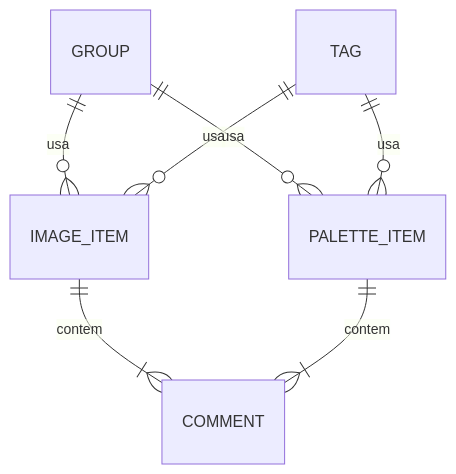
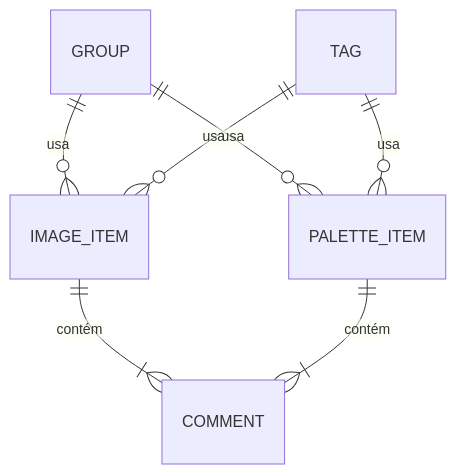
Before and after one commit to guusfelix2015/pupila-brandzone: the fourth of 4 diagrams in docs/design-system.md, drawn with Mermaid. The commit also changed 1 other file, not shown here.

Commit message:
docs: fix missing accents in README and design-system

````diff
--- a/docs/design-system.md
+++ b/docs/design-system.md
@@ -143,9 +143,9 @@
 ```mermaid
 erDiagram
     GROUP ||--o{ IMAGE_ITEM : usa
     GROUP ||--o{ PALETTE_ITEM : usa
     TAG ||--o{ IMAGE_ITEM : usa
     TAG ||--o{ PALETTE_ITEM : usa
-    IMAGE_ITEM ||--|{ COMMENT : contem
-    PALETTE_ITEM ||--|{ COMMENT : contem
+    IMAGE_ITEM ||--|{ COMMENT : contém
+    PALETTE_ITEM ||--|{ COMMENT : contém
 ```
````
